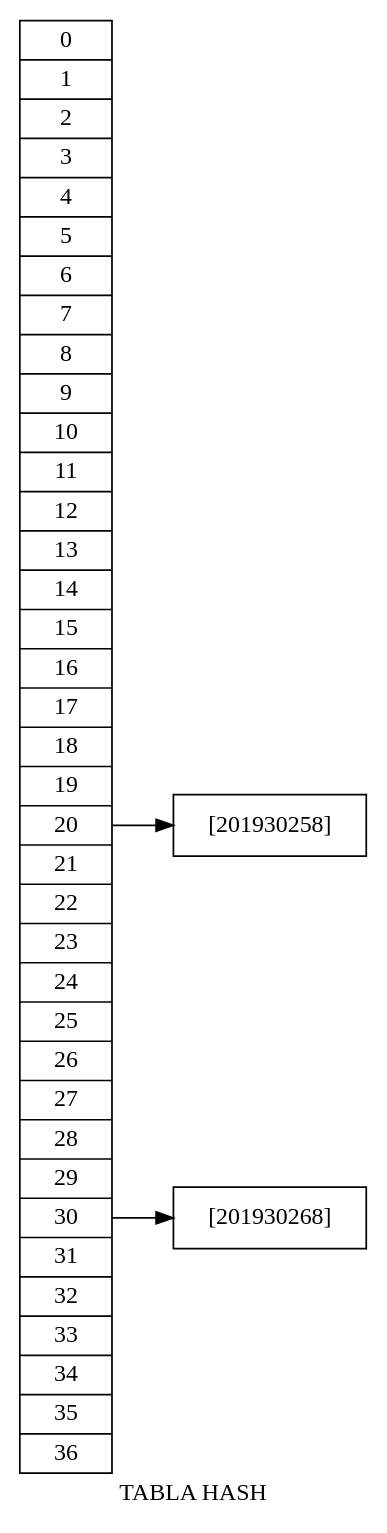
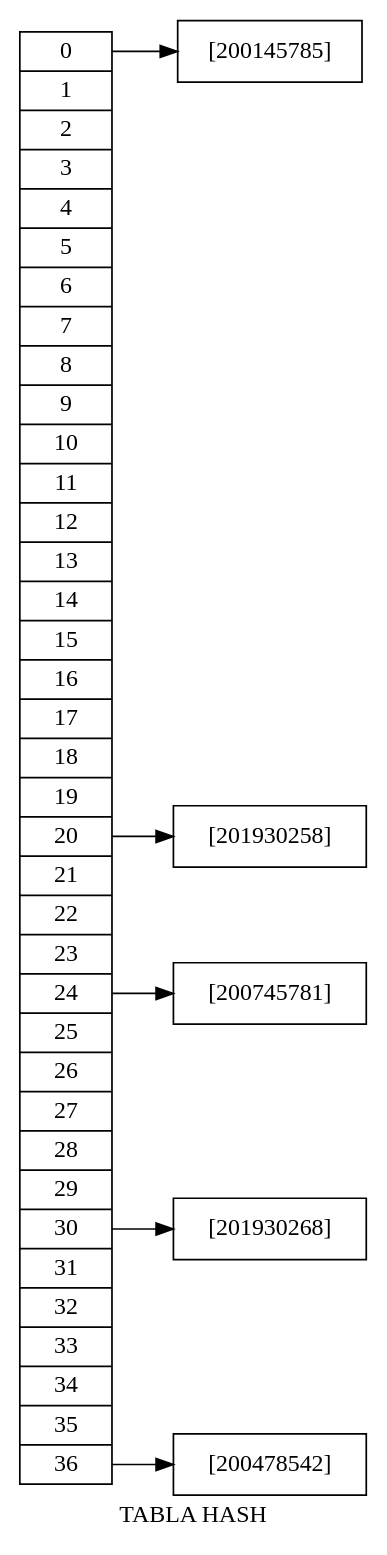
Before and after one commit to Potzmevi/ProyectoFinalEDD: the diagram in AsignacionCursos/TablaHash.dot, drawn with Graphviz. The commit also changed 27 other files, not shown here.

```diff
--- a/AsignacionCursos/TablaHash.dot
+++ b/AsignacionCursos/TablaHash.dot
@@ -1,7 +1,10 @@
 digraph G {
  rankdir="LR";
 node [shape=record];struct1 [label="<0> 0|<1> 1|<2> 2|<3> 3|<4> 4|<5> 5|<6> 6|<7> 7|<8> 8|<9> 9|<10> 10|<11> 11|<12> 12|<13> 13|<14> 14|<15> 15|<16> 16|<17> 17|<18> 18|<19> 19|<20> 20|<21> 21|<22> 22|<23> 23|<24> 24|<25> 25|<26> 26|<27> 27|<28> 28|<29> 29|<30> 30|<31> 31|<32> 32|<33> 33|<34> 34|<35> 35|<36> 36"];
+struct1:0->"[200145785]";
 struct1:20->" [201930258]";
+struct1:24->" [200745781]";
 struct1:30->" [201930268]";
+struct1:36->" [200478542]";
 label = " TABLA HASH ";
 }
```
